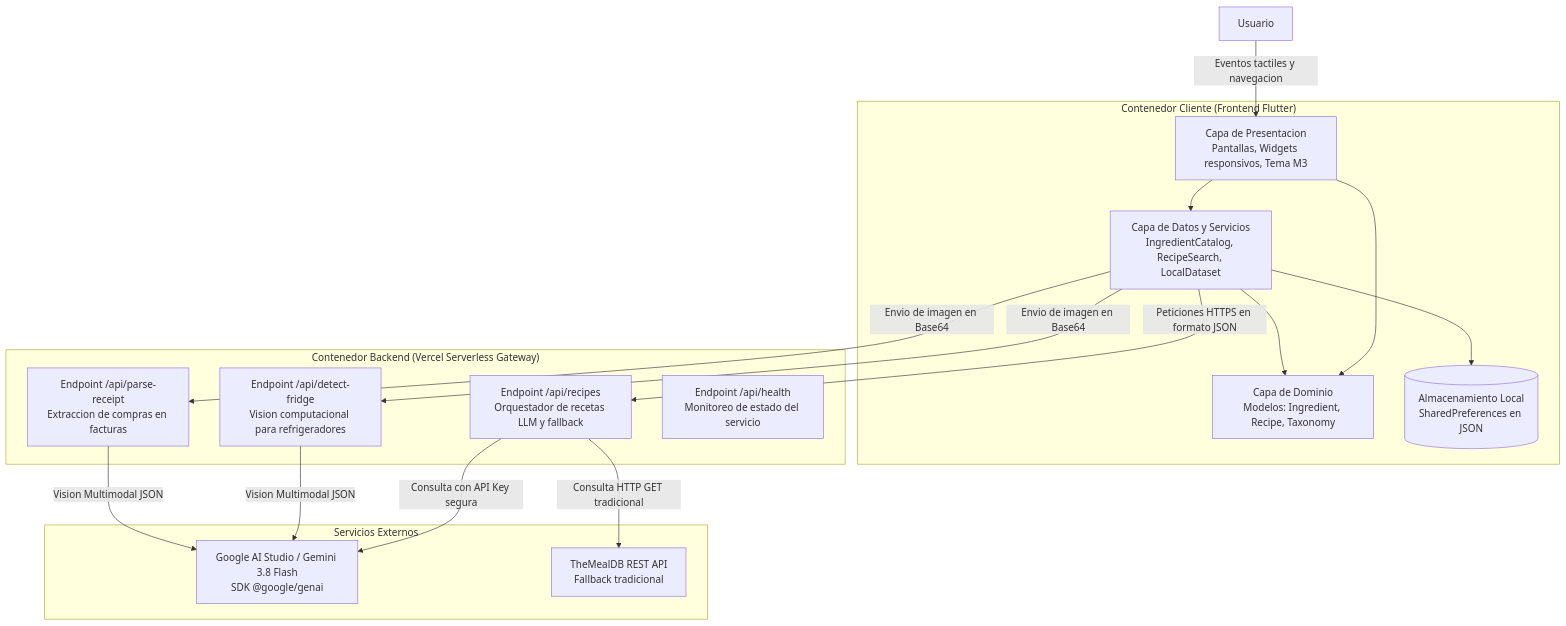
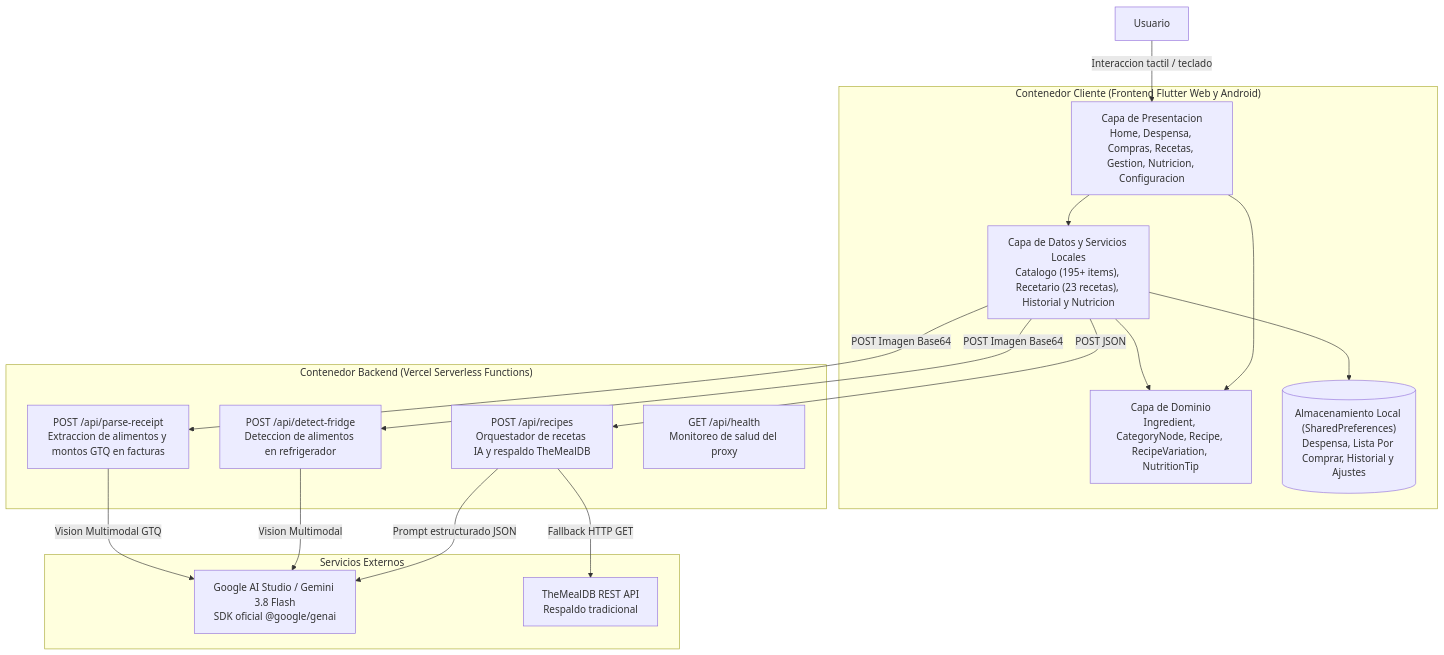
Before and after one commit to innovationlabug/food-friend: the second of 4 diagrams in docs/readme/arquitectura.md, drawn with Mermaid. The commit also changed other lines of this file and 21 other files, not shown here.

````diff
--- a/docs/readme/arquitectura.md
+++ b/docs/readme/arquitectura.md
@@ -47,38 +47,38 @@
 ```mermaid
 flowchart TB
     User["Usuario"]
 
-    subgraph ClientContainer ["Contenedor Cliente (Frontend Flutter)"]
-        UI["Capa de Presentacion<br/>Pantallas, Widgets responsivos, Tema M3"]
-        Domain["Capa de Dominio<br/>Modelos: Ingredient, Recipe, Taxonomy"]
-        Data["Capa de Datos y Servicios<br/>IngredientCatalog, RecipeSearch, LocalDataset"]
-        LocalStorage[("Almacenamiento Local<br/>SharedPreferences en JSON")]
+    subgraph ClientContainer ["Contenedor Cliente (Frontend Flutter Web y Android)"]
+        UI["Capa de Presentacion<br/>Home, Despensa, Compras, Recetas, Gestion, Nutricion, Configuracion"]
+        Domain["Capa de Dominio<br/>Ingredient, CategoryNode, Recipe, RecipeVariation, NutritionTip"]
+        Services["Capa de Datos y Servicios Locales<br/>Catalogo (195+ items), Recetario (23 recetas), Historial y Nutricion"]
+        LocalStorage[("Almacenamiento Local (SharedPreferences)<br/>Despensa, Lista Por Comprar, Historial y Ajustes")]
 
         UI --> Domain
-        UI --> Data
-        Data --> Domain
-        Data --> LocalStorage
+        UI --> Services
+        Services --> Domain
+        Services --> LocalStorage
     end
 
-    subgraph ServerlessContainer ["Contenedor Backend (Vercel Serverless Gateway)"]
-        RouteRecipes["Endpoint /api/recipes<br/>Orquestador de recetas LLM y fallback"]
-        RouteFridge["Endpoint /api/detect-fridge<br/>Vision computacional para refrigeradores"]
-        RouteReceipt["Endpoint /api/parse-receipt<br/>Extraccion de compras en facturas"]
-        RouteHealth["Endpoint /api/health<br/>Monitoreo de estado del servicio"]
+    subgraph ServerlessContainer ["Contenedor Backend (Vercel Serverless Functions)"]
+        RouteRecipes["POST /api/recipes<br/>Orquestador de recetas IA y respaldo TheMealDB"]
+        RouteFridge["POST /api/detect-fridge<br/>Deteccion de alimentos en refrigerador"]
+        RouteReceipt["POST /api/parse-receipt<br/>Extraccion de alimentos y montos GTQ en facturas"]
+        RouteHealth["GET /api/health<br/>Monitoreo de salud del proxy"]
     end
 
     subgraph ExternalServices ["Servicios Externos"]
-        GeminiFlash["Google AI Studio / Gemini 3.8 Flash<br/>SDK @google/genai"]
-        MealDBAPI["TheMealDB REST API<br/>Fallback tradicional"]
+        GeminiFlash["Google AI Studio / Gemini 3.8 Flash<br/>SDK oficial @google/genai"]
+        MealDBAPI["TheMealDB REST API<br/>Respaldo tradicional"]
     end
 
-    User -->|Eventos tactiles y navegacion| UI
-    Data -->|Peticiones HTTPS en formato JSON| RouteRecipes
-    Data -->|Envio de imagen en Base64| RouteFridge
-    Data -->|Envio de imagen en Base64| RouteReceipt
+    User -->|Interaccion tactil / teclado| UI
+    Services -->|POST JSON| RouteRecipes
+    Services -->|POST Imagen Base64| RouteFridge
+    Services -->|POST Imagen Base64| RouteReceipt
 
-    RouteRecipes -->|Consulta con API Key segura| GeminiFlash
-    RouteRecipes -->|Consulta HTTP GET tradicional| MealDBAPI
-    RouteFridge -->|Vision Multimodal JSON| GeminiFlash
-    RouteReceipt -->|Vision Multimodal JSON| GeminiFlash
+    RouteRecipes -->|Prompt estructurado JSON| GeminiFlash
+    RouteRecipes -->|Fallback HTTP GET| MealDBAPI
+    RouteFridge -->|Vision Multimodal| GeminiFlash
+    RouteReceipt -->|Vision Multimodal GTQ| GeminiFlash
 ```
````
